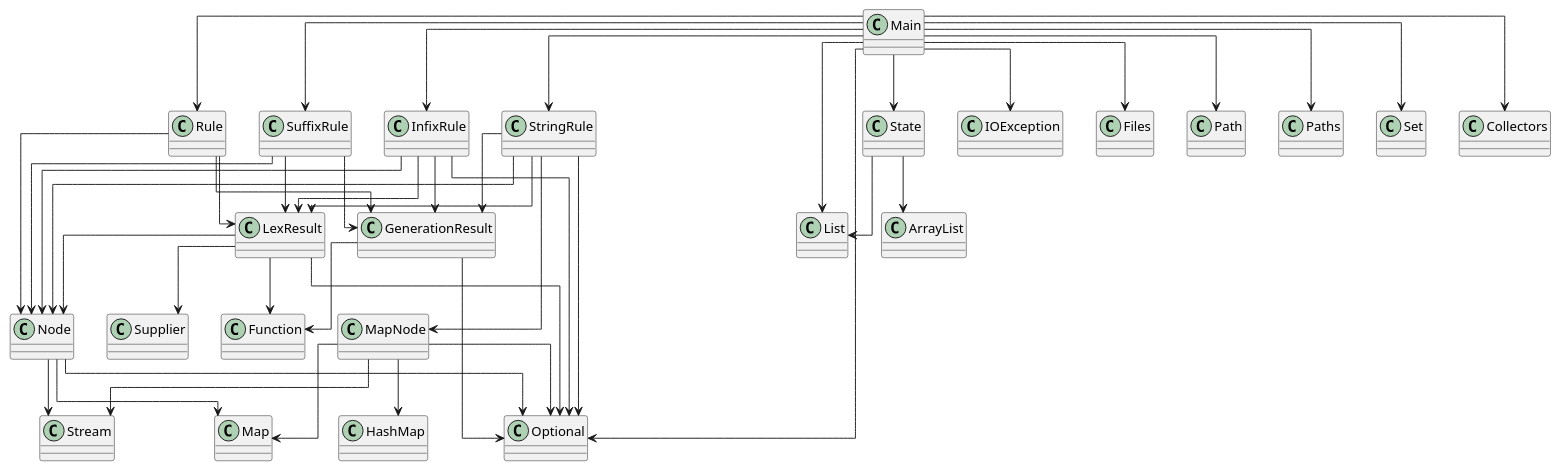
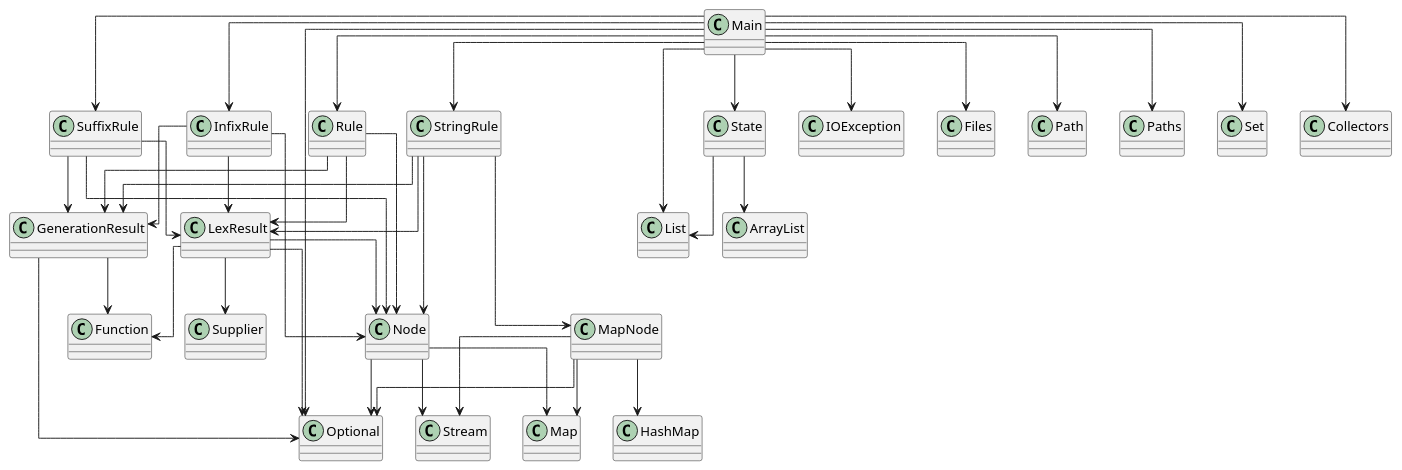
The diagram in diagram.puml (SirMathhman/Magma), drawn with PlantUML before and after one commit. The commit also changed 3 other files, not shown here.

```diff
--- a/diagram.puml
+++ b/diagram.puml
@@ -1,56 +1,54 @@
 @startuml
 skinparam linetype ortho
 class SuffixRule
 SuffixRule --> Node
 SuffixRule --> GenerationResult
 SuffixRule --> LexResult
 class Node
 Node --> Map
 Node --> Optional
 Node --> Stream
 class GenerationResult
 GenerationResult --> Optional
 GenerationResult --> Function
 class Rule
 Rule --> Node
 Rule --> GenerationResult
 Rule --> LexResult
 class LexResult
 LexResult --> Node
 LexResult --> Optional
 LexResult --> Function
 LexResult --> Supplier
 class InfixRule
 InfixRule --> Node
 InfixRule --> GenerationResult
 InfixRule --> LexResult
-InfixRule --> Optional
 class Main
 Main --> State
 Main --> InfixRule
 Main --> Rule
 Main --> StringRule
 Main --> SuffixRule
 Main --> IOException
 Main --> Files
 Main --> Path
 Main --> Paths
 Main --> List
 Main --> Optional
 Main --> Set
 Main --> Collectors
 class MapNode
 MapNode --> HashMap
 MapNode --> Map
 MapNode --> Optional
 MapNode --> Stream
 class StringRule
 StringRule --> MapNode
 StringRule --> Node
 StringRule --> GenerationResult
 StringRule --> LexResult
-StringRule --> Optional
 class State
 State --> ArrayList
 State --> List
 @enduml
```
